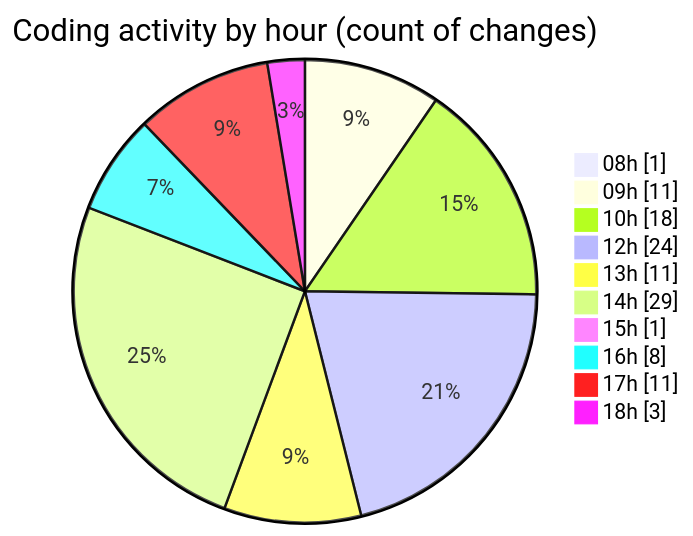
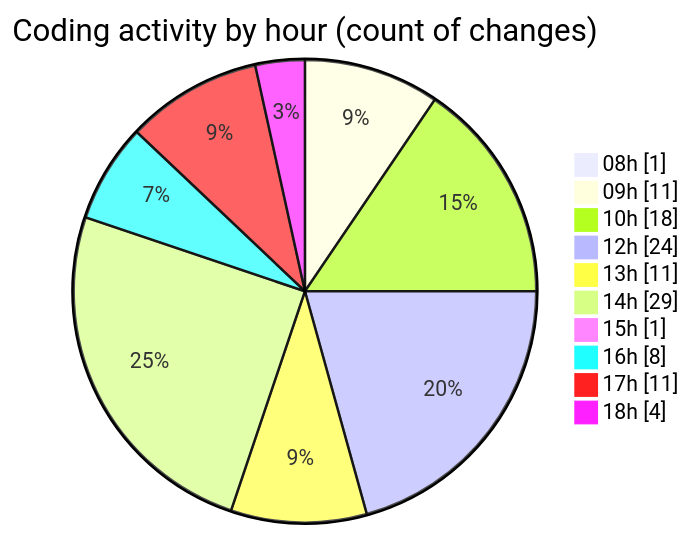
One commit to momahboobian/code-tracking changed the second of 2 diagrams in 2026-04-14/cda/README.md. Above: the diagram before and after it, drawn with Mermaid. The commit also changed other lines of this file and 1 other file, not shown here.

````diff
--- a/2026-04-14/cda/README.md
+++ b/2026-04-14/cda/README.md
@@ -63,14 +64,14 @@
 ```mermaid
 pie showData
 title Coding activity by hour (count of changes)
 "08h" : 1
 "09h" : 11
 "10h" : 18
 "12h" : 24
 "13h" : 11
 "14h" : 29
 "15h" : 1
 "16h" : 8
 "17h" : 11
-"18h" : 3
+"18h" : 4
 ```
````
